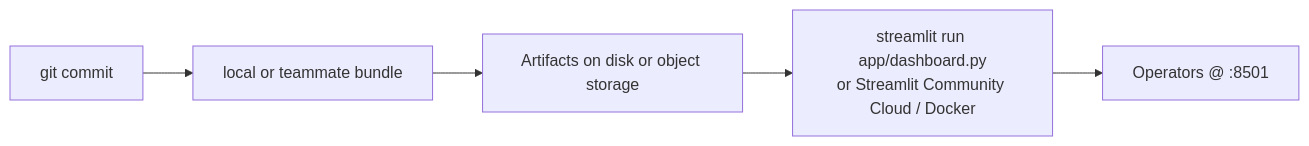
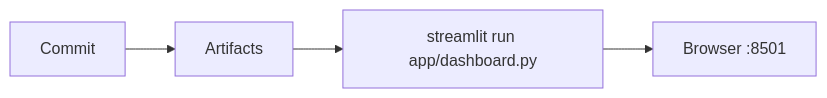
Before and after one commit to patel-manav20/TransitRisk-Machine-Learning-Project: the fifth of 6 diagrams in README.md, drawn with Mermaid. The commit also changed other lines of this file and 2 other files, not shown here.

First line of the commit message:
docs: simplify README with diagrams and dashboard assets folder

````diff
--- a/README.md
+++ b/README.md
@@ -377,7 +275,6 @@
 ```mermaid
 flowchart LR
-  A[git commit] --> B[local or teammate bundle]
-  B --> C[Artifacts on disk or object storage]
-  C --> D[streamlit run app/dashboard.py\nor Streamlit Community Cloud / Docker]
-  D --> E[Operators @ :8501]
+  Git[Commit] --> Art[Artifacts]
+  Art --> Run["streamlit run app/dashboard.py"]
+  Run --> User[Browser :8501]
 ```
````
